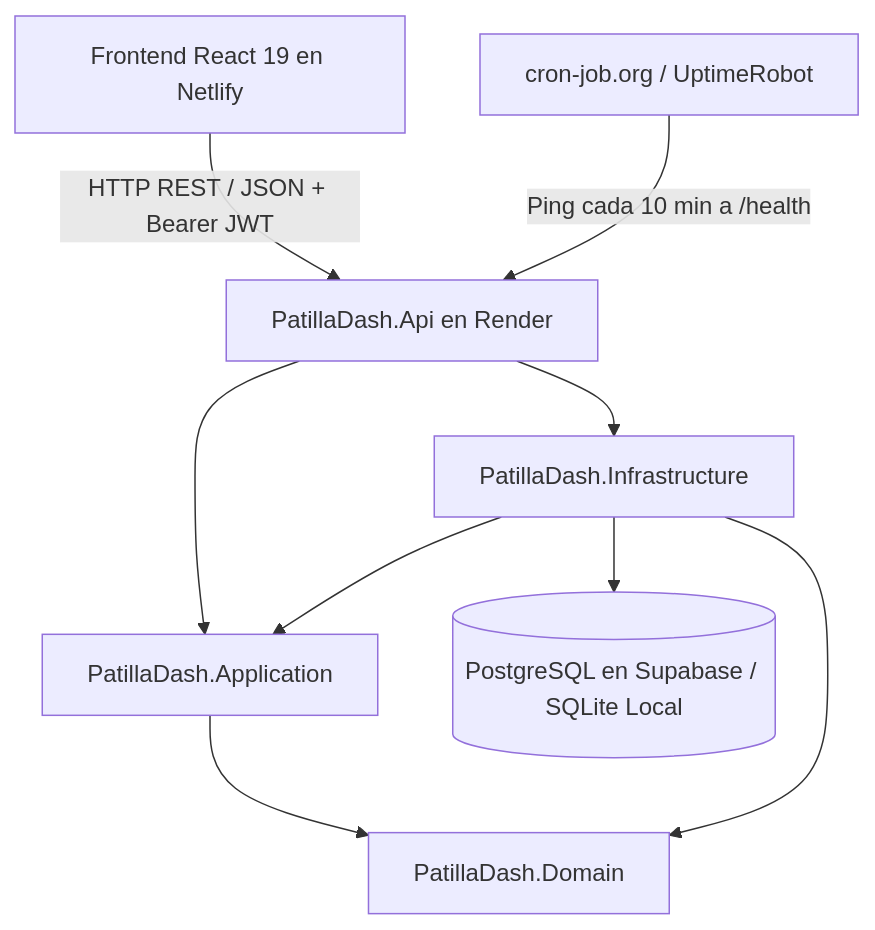
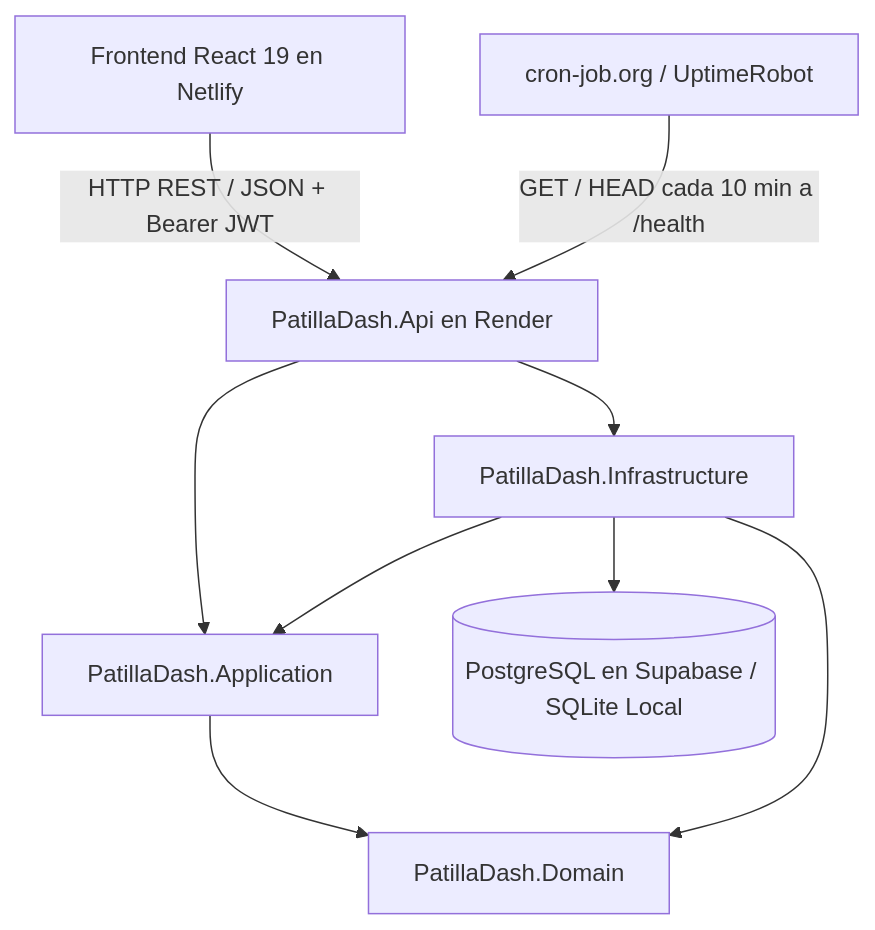
Before and after one commit to pachecoedgardo2006-coder/PatillaDash: the diagram in README.md, drawn with Mermaid. The commit also changed other lines of this file, not shown here.

````diff
--- a/README.md
+++ b/README.md
@@ -78,11 +83,11 @@
 ```mermaid
 graph TD
     Client[Frontend React 19 en Netlify] -->|HTTP REST / JSON + Bearer JWT| API[PatillaDash.Api en Render]
     API --> Application[PatillaDash.Application]
     API --> Infrastructure[PatillaDash.Infrastructure]
     Infrastructure --> Application
     Application --> Domain[PatillaDash.Domain]
     Infrastructure --> Domain
     Infrastructure --> DB[(PostgreSQL en Supabase / SQLite Local)]
-    Cron[cron-job.org / UptimeRobot] -->|Ping cada 10 min a /health| API
+    Cron[cron-job.org / UptimeRobot] -->|GET / HEAD cada 10 min a /health| API
 ```
````
